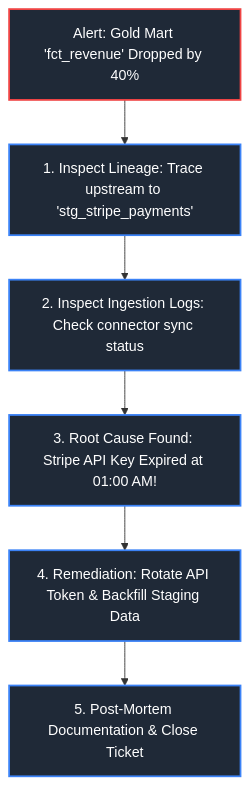
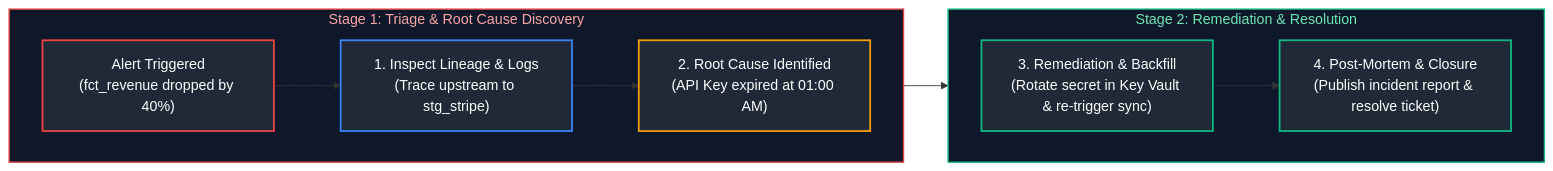
The ninth of 9 diagrams in Data Engineering/14_data_governance_security_and_observability.md (joydeep-biswas/Interview-Preparation), drawn with Mermaid before and after one commit. The commit also changed other lines of this file and 76 other files, not shown here.

Commit message:
Updated Charts

````diff
--- a/Data Engineering/14_data_governance_security_and_observability.md
+++ b/Data Engineering/14_data_governance_security_and_observability.md
@@ -611,15 +622,22 @@
 ```mermaid
-flowchart TD
-    Incident["Alert: Gold Mart 'fct_revenue' Dropped by 40%"] --> Lineage["1. Inspect Lineage: Trace upstream to 'stg_stripe_payments'"]
-    Lineage --> Logs["2. Inspect Ingestion Logs: Check connector sync status"]
-    Logs --> Discovery["3. Root Cause Found: Stripe API Key Expired at 01:00 AM!"]
-    Discovery --> Fix["4. Remediation: Rotate API Token & Backfill Staging Data"]
-    Fix --> Resolve["5. Post-Mortem Documentation & Close Ticket"]
+flowchart LR
+    subgraph Stage1 ["Stage 1: Triage & Root Cause Discovery"]
+        direction LR
+        Incident["Alert Triggered<br/>(fct_revenue dropped by 40%)"] --> Lineage["1. Inspect Lineage & Logs<br/>(Trace upstream to stg_stripe)"] --> Discovery["2. Root Cause Identified<br/>(API Key expired at 01:00 AM)"]
+    end
 
+    subgraph Stage2 ["Stage 2: Remediation & Resolution"]
+        direction LR
+        Fix["3. Remediation & Backfill<br/>(Rotate secret in Key Vault & re-trigger sync)"] --> Resolve["4. Post-Mortem & Closure<br/>(Publish incident report & resolve ticket)"]
+    end
+
+    Discovery --> Fix
+
+    style Stage1 fill:#0f172a,stroke:#ef4444,stroke-width:1.5px,color:#fca5a5
+    style Stage2 fill:#0f172a,stroke:#10b981,stroke-width:1.5px,color:#6ee7b7
     style Incident fill:#1f2937,stroke:#ef4444,stroke-width:2px,color:#fff
     style Lineage fill:#1f2937,stroke:#3b82f6,stroke-width:2px,color:#fff
-    style Logs fill:#1f2937,stroke:#3b82f6,stroke-width:2px,color:#fff
-    style Discovery fill:#1f2937,stroke:#3b82f6,stroke-width:2px,color:#fff
-    style Fix fill:#1f2937,stroke:#3b82f6,stroke-width:2px,color:#fff
-    style Resolve fill:#1f2937,stroke:#3b82f6,stroke-width:2px,color:#fff
+    style Discovery fill:#1f2937,stroke:#f59e0b,stroke-width:2px,color:#fff
+    style Fix fill:#1f2937,stroke:#10b981,stroke-width:2px,color:#fff
+    style Resolve fill:#1f2937,stroke:#10b981,stroke-width:2px,color:#fff
 ```
````
